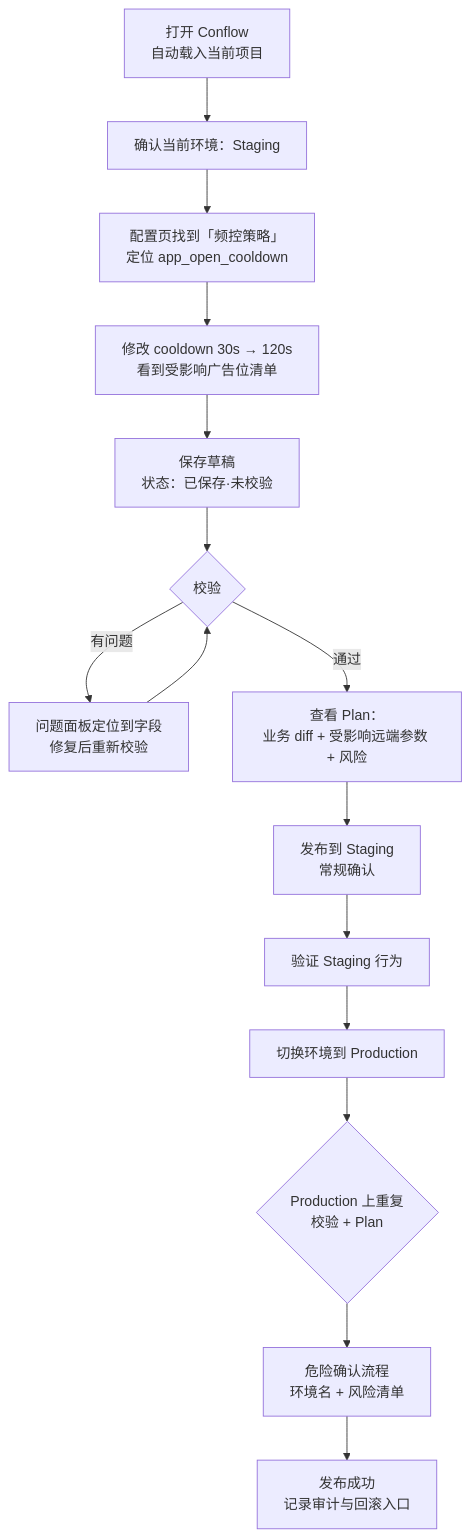
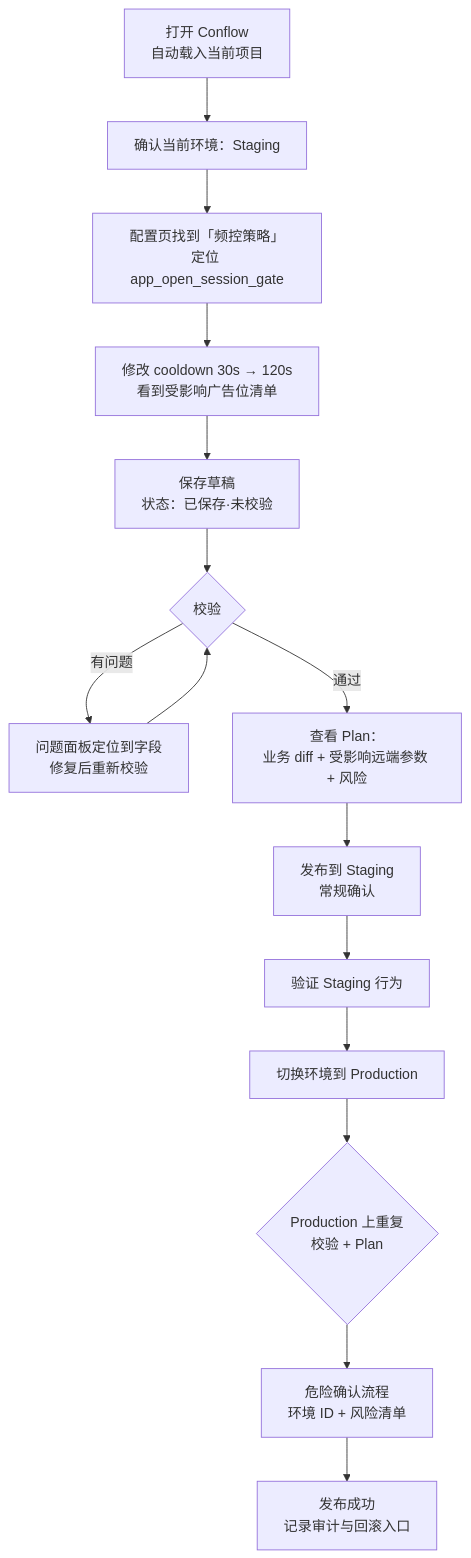
The diagram in docs/design/ui/flows/pm-main-path.md (ConteMan/conflow), drawn with Mermaid before and after one commit. The commit also changed 14 other files, not shown here.

````diff
--- a/docs/design/ui/flows/pm-main-path.md
+++ b/docs/design/ui/flows/pm-main-path.md
@@ -11,17 +11,17 @@
 ```mermaid
 flowchart TD
   A[打开 Conflow<br/>自动载入当前项目] --> B[确认当前环境：Staging]
-  B --> C[配置页找到「频控策略」<br/>定位 app_open_cooldown]
+  B --> C[配置页找到「频控策略」<br/>定位 app_open_session_gate]
   C --> D[修改 cooldown 30s → 120s<br/>看到受影响广告位清单]
   D --> E[保存草稿<br/>状态：已保存·未校验]
   E --> F{校验}
   F -- 有问题 --> G[问题面板定位到字段<br/>修复后重新校验]
   G --> F
   F -- 通过 --> H[查看 Plan：<br/>业务 diff + 受影响远端参数 + 风险]
   H --> I[发布到 Staging<br/>常规确认]
   I --> J[验证 Staging 行为]
   J --> K[切换环境到 Production]
   K --> L{Production 上重复<br/>校验 + Plan}
-  L --> M[危险确认流程<br/>环境名 + 风险清单]
+  L --> M[危险确认流程<br/>环境 ID + 风险清单]
   M --> N[发布成功<br/>记录审计与回滚入口]
 ```
````
